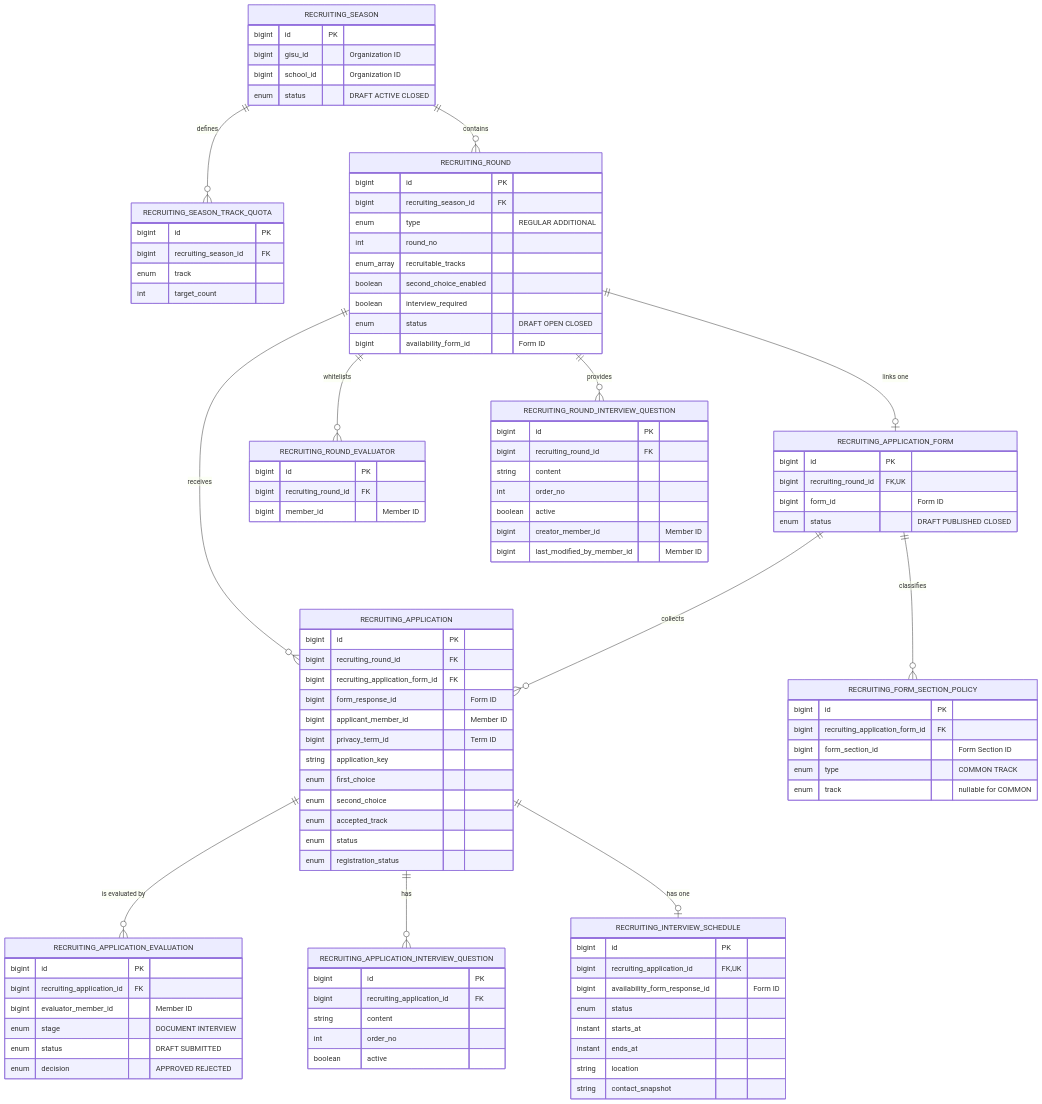
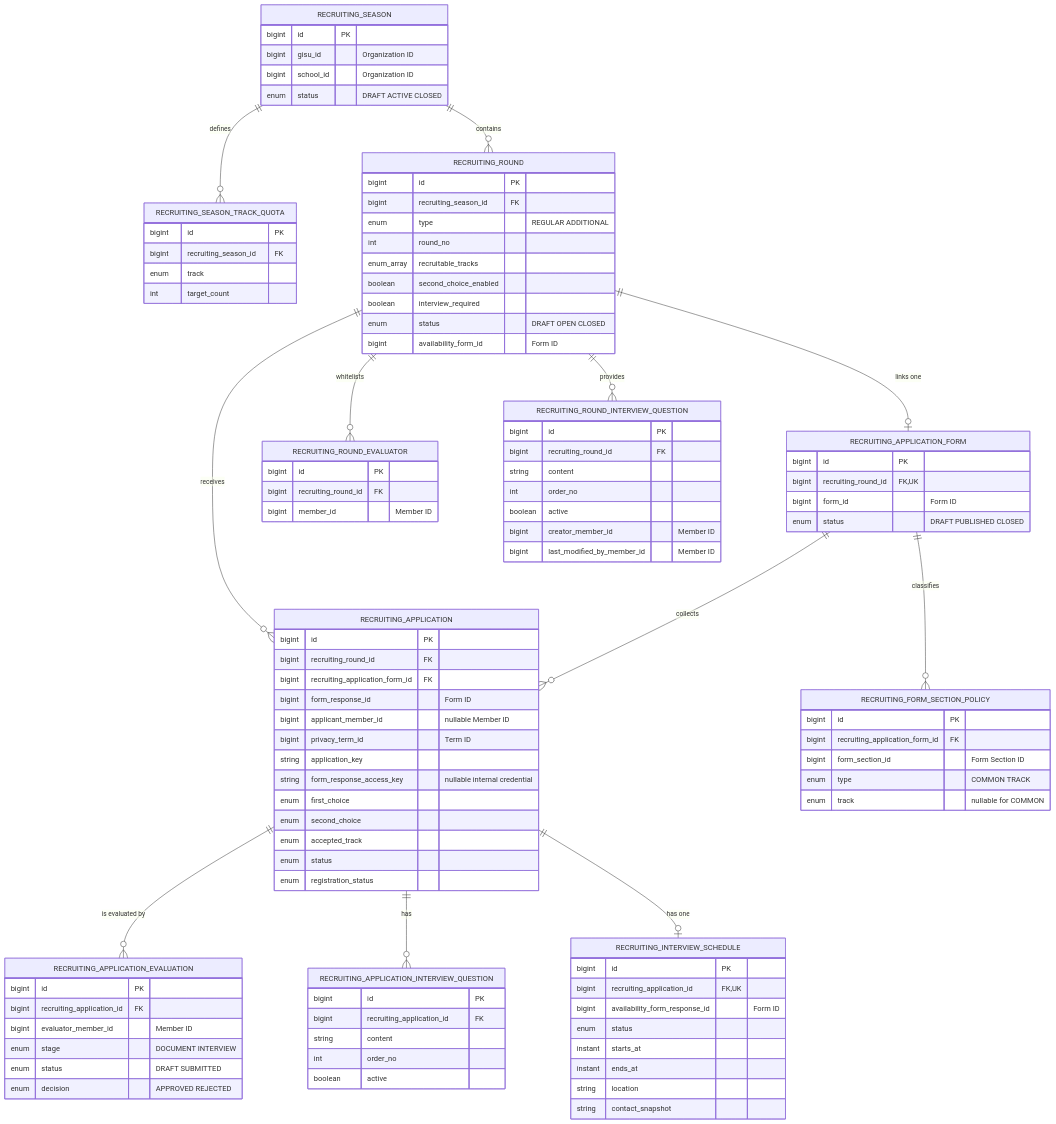
One commit to UMC-PRODUCT/cygnus-server changed the first of 11 diagrams in docs/onboarding/domain/recruiting-diagrams.md. Above: the diagram before and after it, drawn with Mermaid. The commit also changed other lines of this file and 3 other files, not shown here.

Commit message:
docs: update recruiting anonymous application flow

```diff
--- a/docs/onboarding/domain/recruiting-diagrams.md
+++ b/docs/onboarding/domain/recruiting-diagrams.md
@@ -66,9 +66,10 @@
         bigint recruiting_round_id FK
         bigint recruiting_application_form_id FK
         bigint form_response_id "Form ID"
-        bigint applicant_member_id "Member ID"
+        bigint applicant_member_id "nullable Member ID"
         bigint privacy_term_id "Term ID"
         string application_key
+        string form_response_access_key "nullable internal credential"
         enum first_choice
         enum second_choice
         enum accepted_track
```
